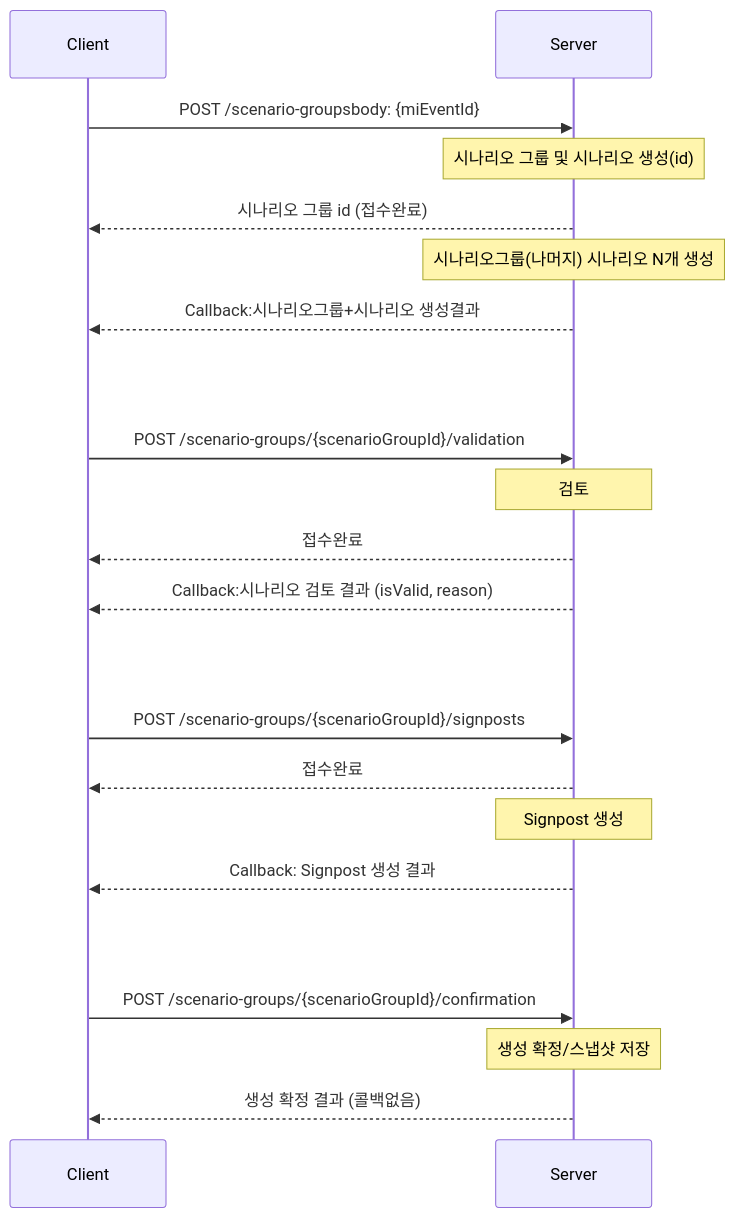
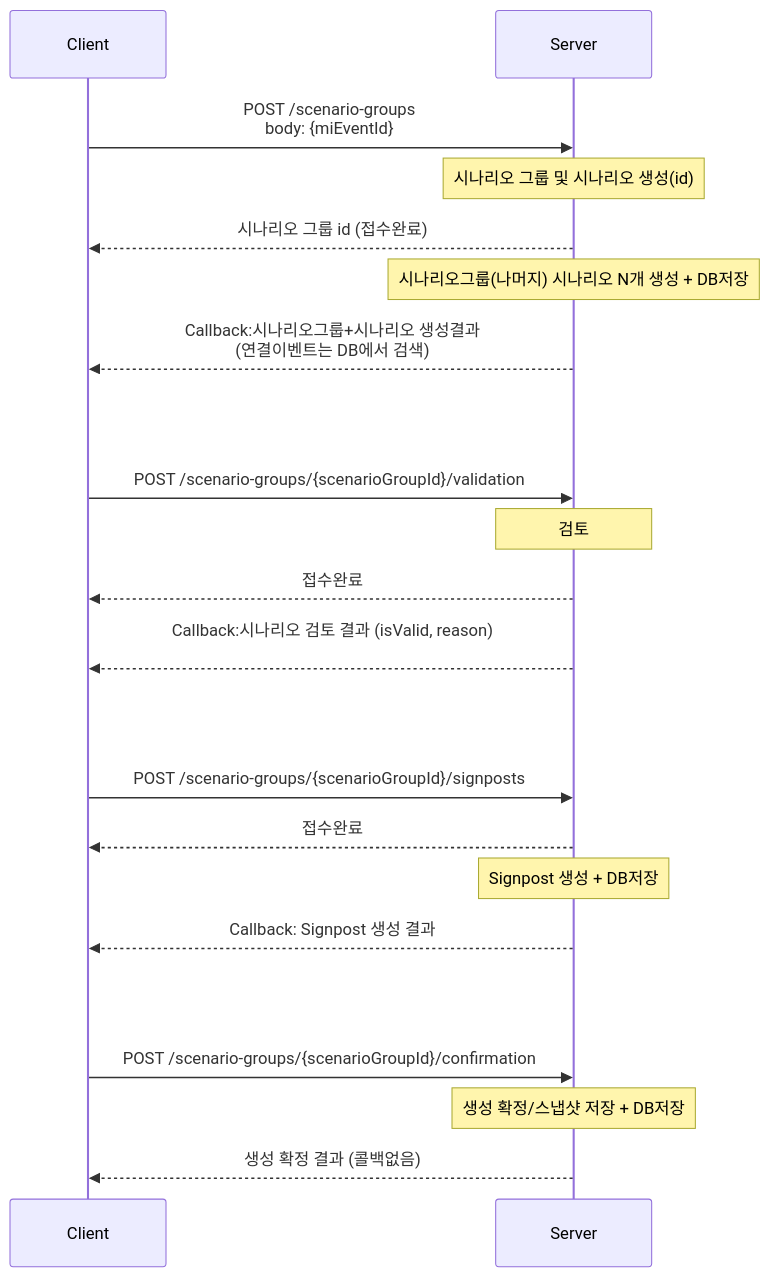
Before and after one commit to enkhbaatarL/skmip-mi-agent: the diagram in docs/architectures/scenario_group_agent_sequence.md, drawn with Mermaid. The commit also changed other lines of this file and 15 other files, not shown here.

````diff
--- a/docs/architectures/scenario_group_agent_sequence.md
+++ b/docs/architectures/scenario_group_agent_sequence.md
@@ -10,28 +14,28 @@
 ```mermaid
 sequenceDiagram
     participant Client
     participant Server
 
-    Client->>Server: POST /scenario-groupsbody: {miEventId}
+    Client->>Server: POST /scenario-groups <br/> body: {miEventId}
 
     Note over Server: 시나리오 그룹 및 시나리오 생성(id)
     Server-->>Client: 시나리오 그룹 id (접수완료)
 
-    Note over Server: 시나리오그룹(나머지) 시나리오 N개 생성
-    Server-->>Client: Callback:시나리오그룹+시나리오 생성결과
+    Note over Server: 시나리오그룹(나머지) 시나리오 N개 생성 + DB저장
+    Server-->>Client: Callback:시나리오그룹+시나리오 생성결과 <br/>(연결이벤트는 DB에서 검색)
 
     Client->>Server: <br/><br/><br/><br/>POST /scenario-groups/{scenarioGroupId}/validation
     Note over Server: 검토
     Server-->>Client: 접수완료
 
-    Server-->>Client: Callback:시나리오 검토 결과 (isValid, reason)
+    Server-->>Client: Callback:시나리오 검토 결과 (isValid, reason) <br/>
 
     Client->>Server: <br/><br/><br/><br/>POST /scenario-groups/{scenarioGroupId}/signposts
     Server-->>Client: 접수완료
-    Note over Server: Signpost 생성
+    Note over Server: Signpost 생성 + DB저장
     Server-->>Client: Callback: Signpost 생성 결과
 
     Client->>Server: <br/><br/><br/><br/>POST /scenario-groups/{scenarioGroupId}/confirmation
-    Note over Server: 생성 확정/스냅샷 저장
+    Note over Server: 생성 확정/스냅샷 저장 + DB저장
     Server-->>Client: 생성 확정 결과 (콜백없음)
 ```
````
